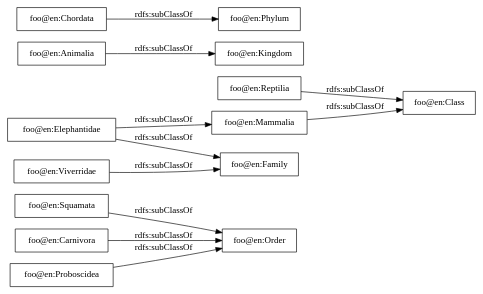
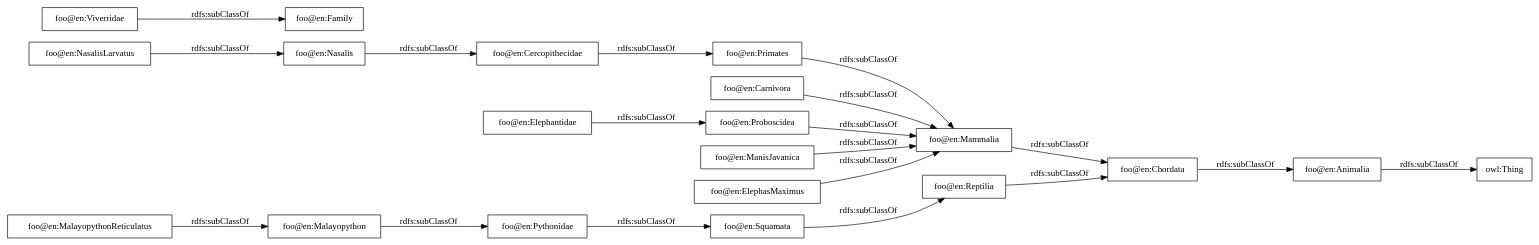
Before and after one commit to Naeima/foo_html: the diagram in OnToology/index.ttl/diagrams/ar2dtool-taxonomy/index.ttl.png.dot, drawn with Graphviz. The commit also changed 17 other files, not shown here.

```diff
--- a/OnToology/index.ttl/diagrams/ar2dtool-taxonomy/index.ttl.png.dot
+++ b/OnToology/index.ttl/diagrams/ar2dtool-taxonomy/index.ttl.png.dot
@@ -1,16 +1,24 @@
 digraph ar2dtool_diagram { 
 rankdir=LR;
 size="1000"
-node [shape = rectangle, color="black"]; "foo@en:Squamata" "foo@en:Mammalia" "foo@en:Animalia" "foo@en:Phylum" "foo@en:Carnivora" "foo@en:Viverridae" "foo@en:Elephantidae" "foo@en:Reptilia" "foo@en:Chordata" "foo@en:Proboscidea" ; /*classes style*/
-	"foo@en:Reptilia" -> "foo@en:Class" [ label = "rdfs:subClassOf" ];
-	"foo@en:Chordata" -> "foo@en:Phylum" [ label = "rdfs:subClassOf" ];
-	"foo@en:Squamata" -> "foo@en:Order" [ label = "rdfs:subClassOf" ];
-	"foo@en:Proboscidea" -> "foo@en:Order" [ label = "rdfs:subClassOf" ];
-	"foo@en:Elephantidae" -> "foo@en:Mammalia" [ label = "rdfs:subClassOf" ];
-	"foo@en:Elephantidae" -> "foo@en:Family" [ label = "rdfs:subClassOf" ];
+node [shape = rectangle, color="black"]; "foo@en:Squamata" "foo@en:Mammalia" "foo@en:Animalia" "foo@en:Primates" "foo@en:Carnivora" "foo@en:Viverridae" "foo@en:Elephantidae" "foo@en:Reptilia" "foo@en:Proboscidea" "foo@en:Chordata" ; /*classes style*/
+	"foo@en:Cercopithecidae" -> "foo@en:Primates" [ label = "rdfs:subClassOf" ];
+	"foo@en:Chordata" -> "foo@en:Animalia" [ label = "rdfs:subClassOf" ];
+	"foo@en:Squamata" -> "foo@en:Reptilia" [ label = "rdfs:subClassOf" ];
+	"foo@en:Elephantidae" -> "foo@en:Proboscidea" [ label = "rdfs:subClassOf" ];
+	"foo@en:Proboscidea" -> "foo@en:Mammalia" [ label = "rdfs:subClassOf" ];
+	"foo@en:Reptilia" -> "foo@en:Chordata" [ label = "rdfs:subClassOf" ];
+	"foo@en:ManisJavanica" -> "foo@en:Mammalia" [ label = "rdfs:subClassOf" ];
+	"foo@en:Nasalis" -> "foo@en:Cercopithecidae" [ label = "rdfs:subClassOf" ];
 	"foo@en:Viverridae" -> "foo@en:Family" [ label = "rdfs:subClassOf" ];
-	"foo@en:Carnivora" -> "foo@en:Order" [ label = "rdfs:subClassOf" ];
-	"foo@en:Animalia" -> "foo@en:Kingdom" [ label = "rdfs:subClassOf" ];
-	"foo@en:Mammalia" -> "foo@en:Class" [ label = "rdfs:subClassOf" ];
+	"foo@en:ElephasMaximus" -> "foo@en:Mammalia" [ label = "rdfs:subClassOf" ];
+	"foo@en:Animalia" -> "owl:Thing" [ label = "rdfs:subClassOf" ];
+	"foo@en:Malayopython" -> "foo@en:Pythonidae" [ label = "rdfs:subClassOf" ];
+	"foo@en:Carnivora" -> "foo@en:Mammalia" [ label = "rdfs:subClassOf" ];
+	"foo@en:Mammalia" -> "foo@en:Chordata" [ label = "rdfs:subClassOf" ];
+	"foo@en:MalayopythonReticulatus" -> "foo@en:Malayopython" [ label = "rdfs:subClassOf" ];
+	"foo@en:Pythonidae" -> "foo@en:Squamata" [ label = "rdfs:subClassOf" ];
+	"foo@en:Primates" -> "foo@en:Mammalia" [ label = "rdfs:subClassOf" ];
+	"foo@en:NasalisLarvatus" -> "foo@en:Nasalis" [ label = "rdfs:subClassOf" ];
 
 }
```
